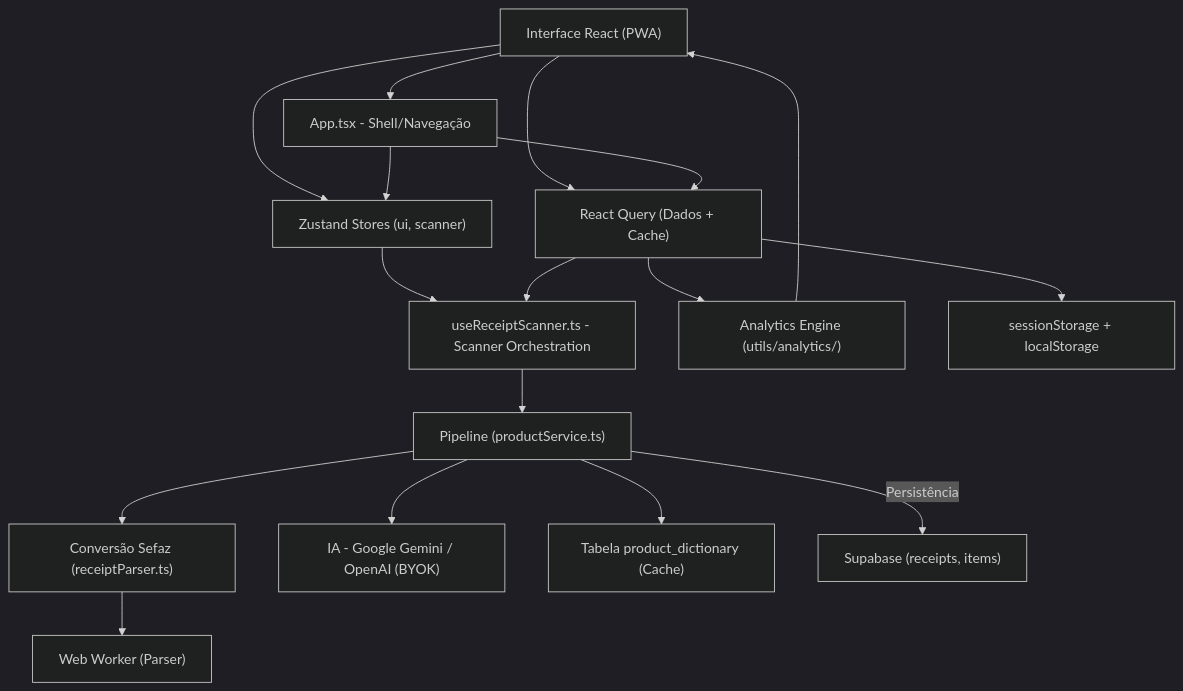
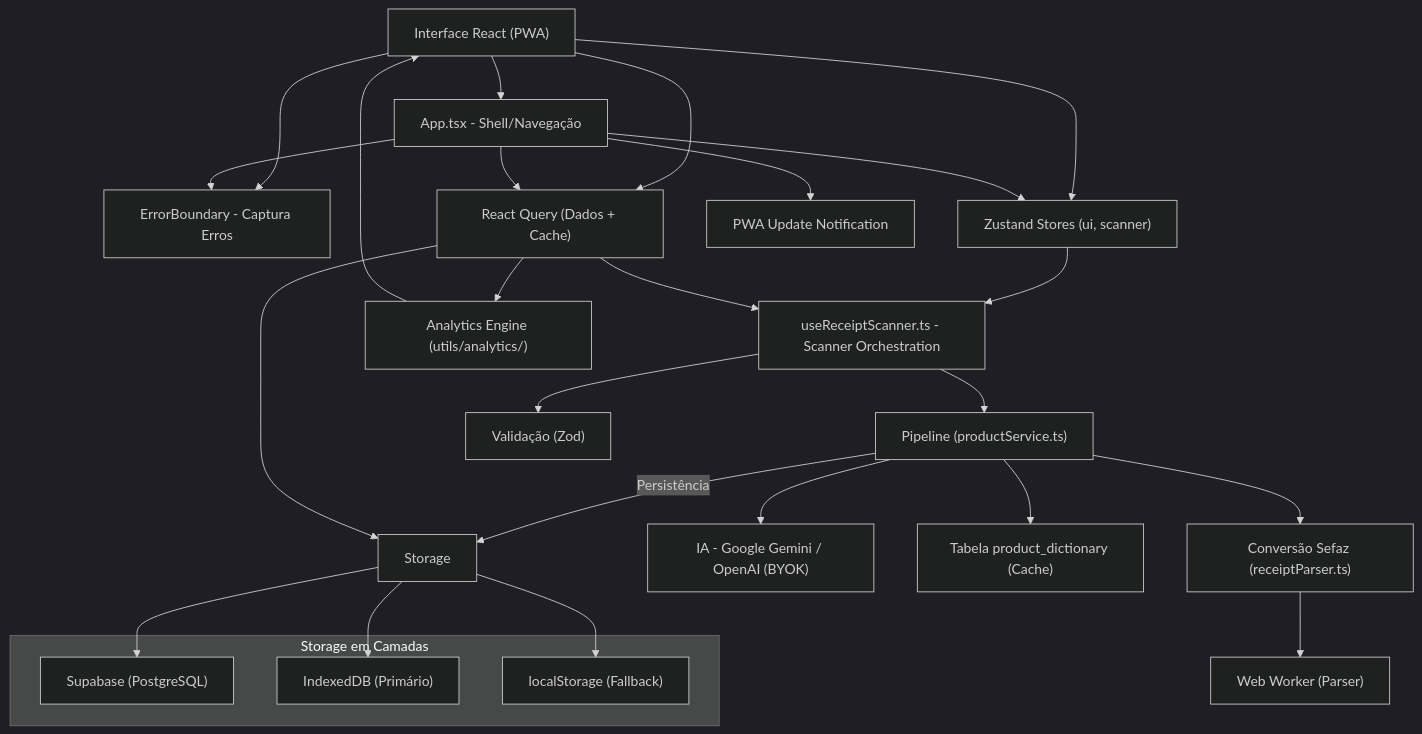
One commit to Bosguega/my_mercado changed the first of 2 diagrams in ARCHITECTURE.md. Above: the diagram before and after it, drawn with Mermaid (dark theme). The commit also changed other lines of this file and 11 other files, not shown here.

````diff
--- a/ARCHITECTURE.md
+++ b/ARCHITECTURE.md
@@ -27,33 +52,49 @@
 ```mermaid
 graph TD
     UI["Interface React (PWA)"]
     App["App.tsx - Shell/Navegação"]
+    ErrorBoundary["ErrorBoundary - Captura Erros"]
     Stores["Zustand Stores (ui, scanner)"]
     Query["React Query (Dados + Cache)"]
     ScannerHook["useReceiptScanner.ts - Scanner Orchestration"]
     Analytics["Analytics Engine (utils/analytics/)"]
     Pipeline["Pipeline (productService.ts)"]
     Services["Conversão Sefaz (receiptParser.ts)"]
     AI["IA - Google Gemini / OpenAI (BYOK)"]
+    Validation["Validação (Zod)"]
     Dictionary["Tabela product_dictionary (Cache)"]
-    Supabase["Supabase (receipts, items)"]
-    LocalStorage["sessionStorage + localStorage"]
+    
+    subgraph "Storage em Camadas"
+        Supabase["Supabase (PostgreSQL)"]
+        IndexedDB["IndexedDB (Primário)"]
+        LocalStorage["localStorage (Fallback)"]
+    end
+    
     Worker["Web Worker (Parser)"]
+    PWA["PWA Update Notification"]
 
     UI --> App
+    UI --> ErrorBoundary
     UI --> Stores
     UI --> Query
+    App --> ErrorBoundary
     App --> Stores
     App --> Query
+    App --> PWA
     Stores --> ScannerHook
     Query --> ScannerHook
     Query --> Analytics
+    ScannerHook --> Validation
     ScannerHook --> Pipeline
     Pipeline --> Services
     Pipeline --> Dictionary
     Pipeline --> AI
-    Pipeline -- "Persistência" --> Supabase
-    Query --> LocalStorage
+    Pipeline -- "Persistência" --> Storage
+    Query --> Storage
     Analytics --> UI
     Services --> Worker
+    
+    Storage --> Supabase
+    Storage --> IndexedDB
+    Storage --> LocalStorage
 ```
````
